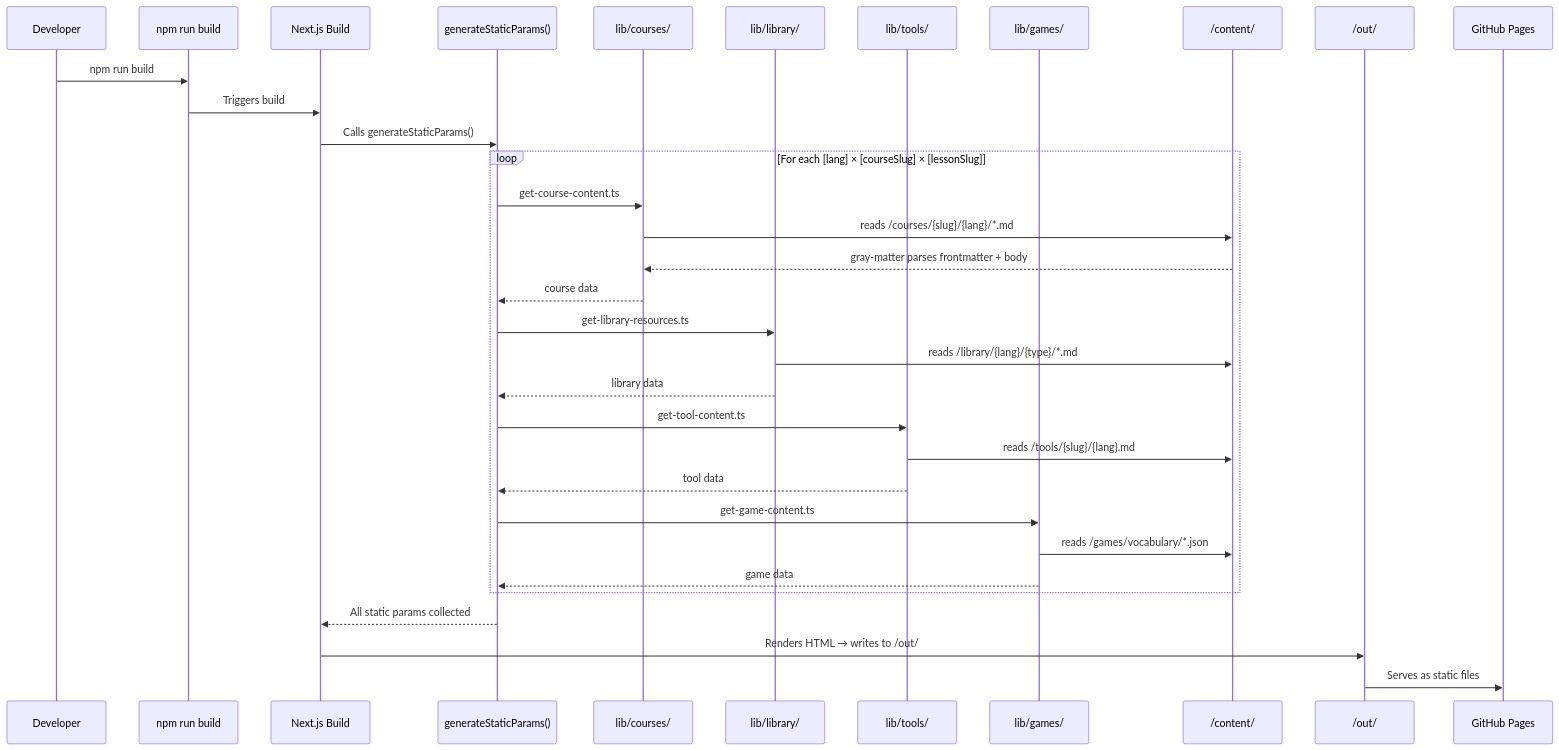
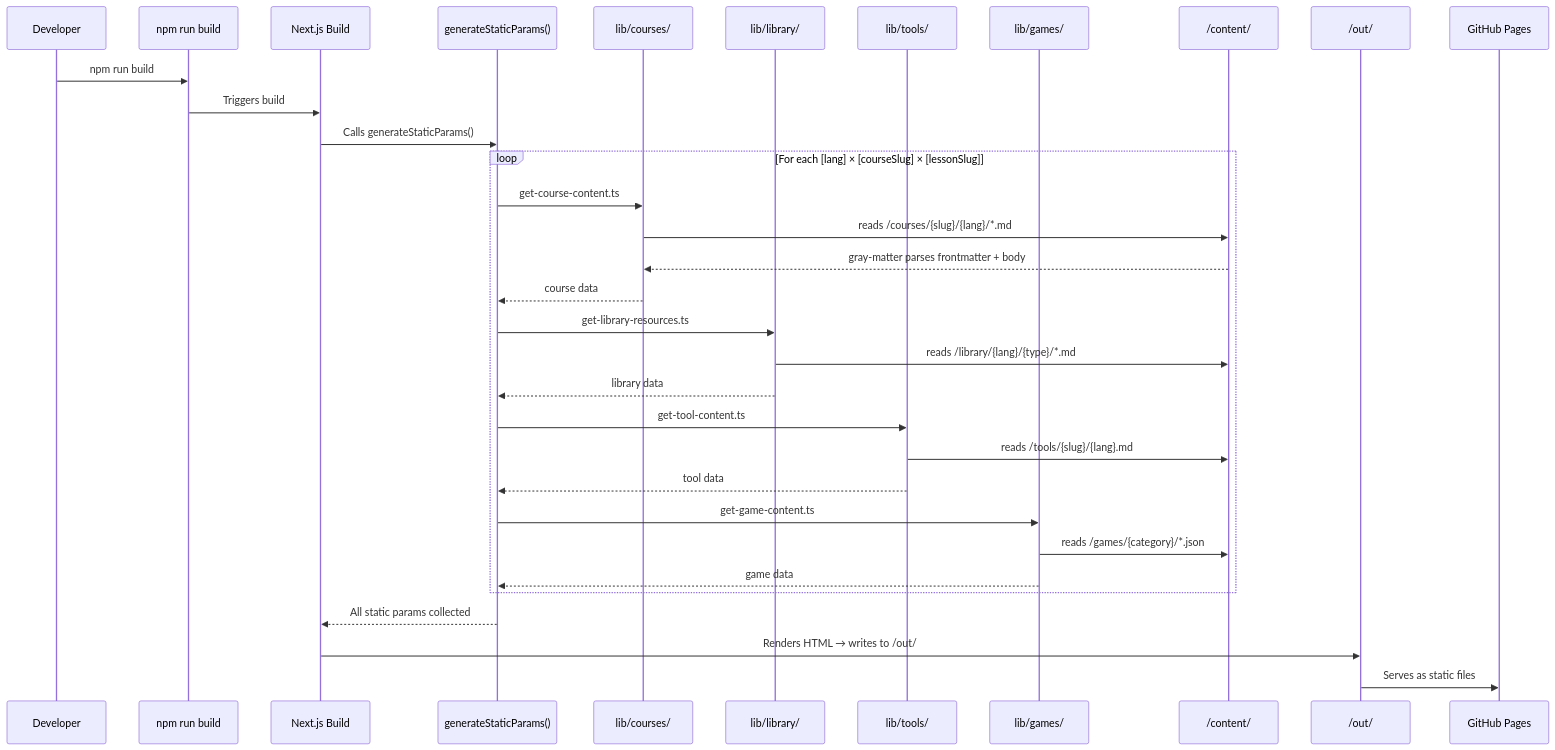
One commit to nuniversity/nuniversity.github.io changed the second of 5 diagrams in docs/architecture/ARCHITECTURE.md. Above: the diagram before and after it, drawn with Mermaid. The commit also changed other lines of this file and 70 other files, not shown here.

````diff
--- a/docs/architecture/ARCHITECTURE.md
+++ b/docs/architecture/ARCHITECTURE.md
@@ -214,41 +220,41 @@
 ```mermaid
 sequenceDiagram
     participant Dev as Developer
     participant NPM as npm run build
     participant Next as Next.js Build
     participant GSP as generateStaticParams()
     participant LibC as lib/courses/
     participant LibL as lib/library/
     participant LibT as lib/tools/
     participant LibG as lib/games/
     participant Content as /content/
     participant Out as /out/
     participant GH as GitHub Pages
 
     Dev->>NPM: npm run build
     NPM->>Next: Triggers build
     Next->>GSP: Calls generateStaticParams()
 
     loop For each [lang] × [courseSlug] × [lessonSlug]
         GSP->>LibC: get-course-content.ts
         LibC->>Content: reads /courses/{slug}/{lang}/*.md
         Content-->>LibC: gray-matter parses frontmatter + body
         LibC-->>GSP: course data
 
         GSP->>LibL: get-library-resources.ts
         LibL->>Content: reads /library/{lang}/{type}/*.md
         LibL-->>GSP: library data
 
         GSP->>LibT: get-tool-content.ts
         LibT->>Content: reads /tools/{slug}/{lang}.md
         LibT-->>GSP: tool data
 
         GSP->>LibG: get-game-content.ts
-        LibG->>Content: reads /games/vocabulary/*.json
+        LibG->>Content: reads /games/{category}/*.json
         LibG-->>GSP: game data
     end
 
     GSP-->>Next: All static params collected
     Next->>Out: Renders HTML → writes to /out/
     Out->>GH: Serves as static files
 ```
````
